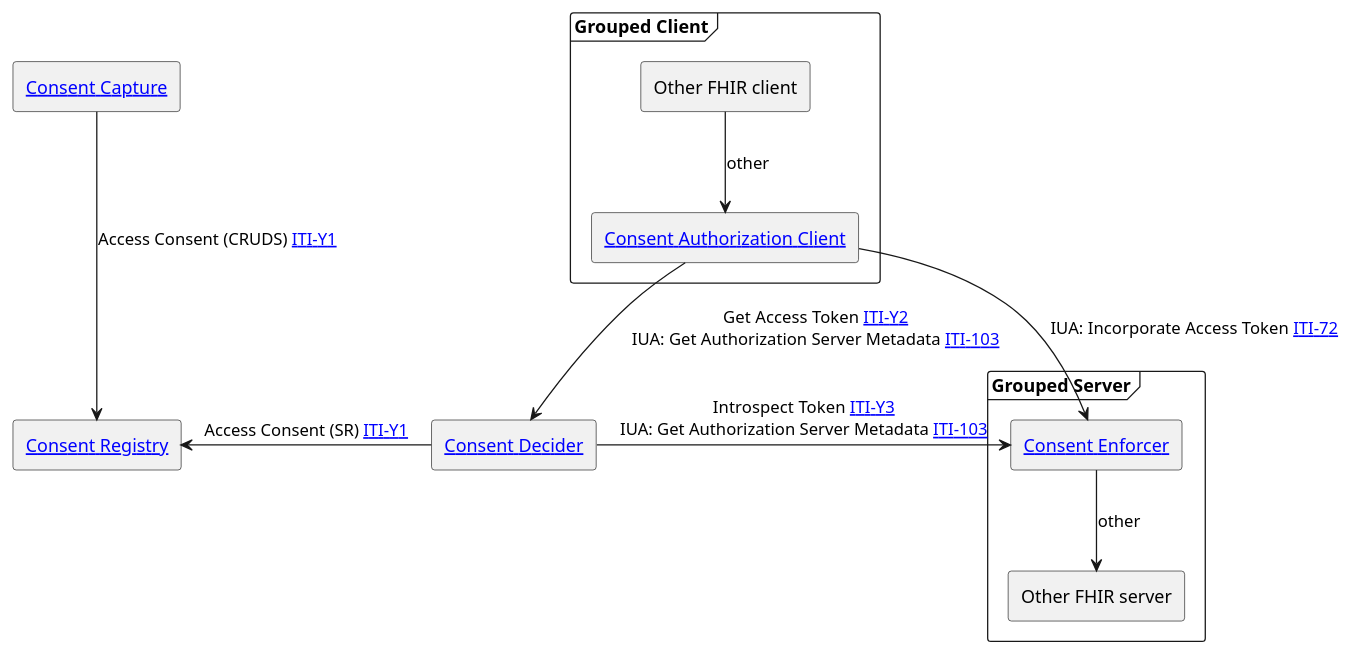
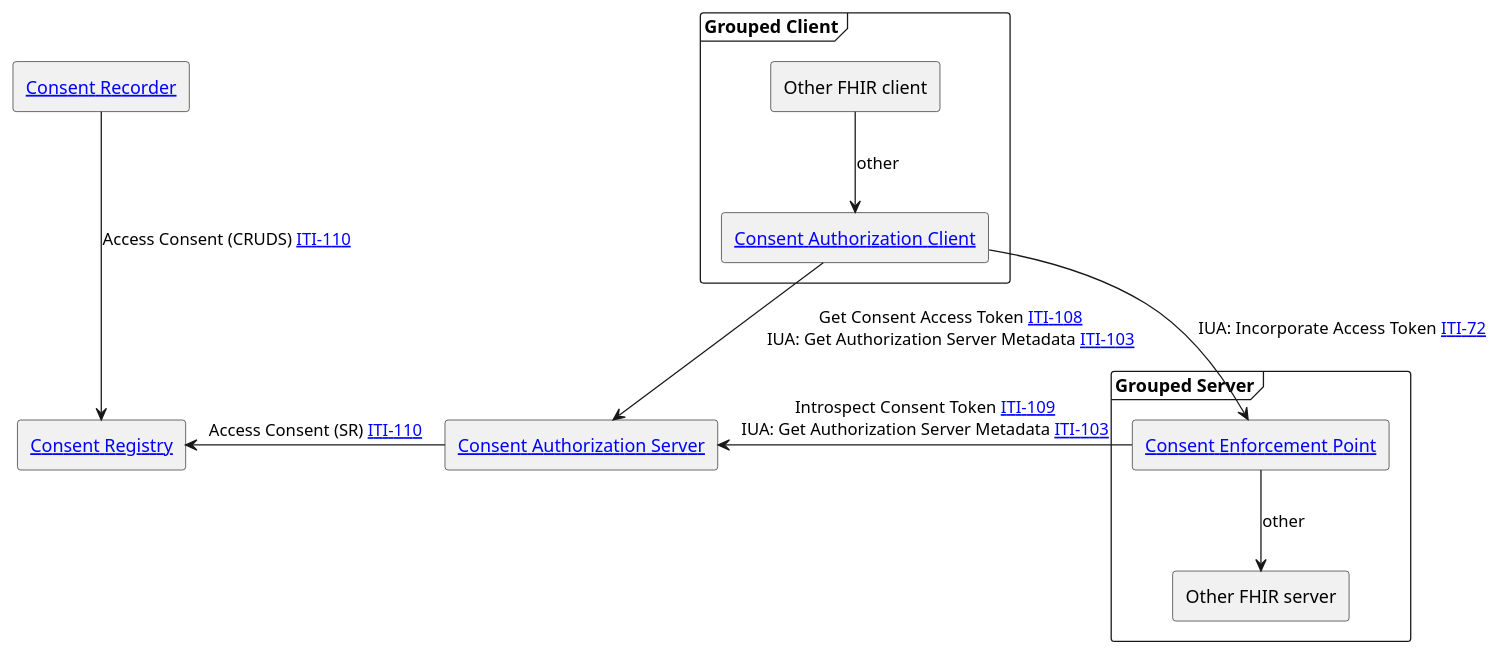
Before and after one commit to IHE/ITI.PCF: the diagram in input/images-source/ActorsAndTransactions.plantuml, drawn with PlantUML. The commit also changed 15 other files, not shown here.

```diff
--- a/input/images-source/ActorsAndTransactions.plantuml
+++ b/input/images-source/ActorsAndTransactions.plantuml
@@ -1,23 +1,23 @@
 @startuml
-agent "[[#consentcapture Consent Capture]]" as capture
-agent "[[#consentregistry Consent Registry]]" as registry
-capture -down--> registry : "Access Consent (CRUDS) [[ITI-Y1.html ITI-Y1]]"
+agent "[[#consentRecorder Consent Recorder]]" as capture
+agent "[[#consentRegistry Consent Registry]]" as registry
+capture -down--> registry : "Access Consent (CRUDS) [[ITI-110.html ITI-110]]"
 
 frame "Grouped Client" {
 agent "Other FHIR client" as otherClient
-agent "[[#consentclient Consent Authorization Client]]" as client 
+agent "[[#consentAuthorizationClient Consent Authorization Client]]" as client 
 }
-agent "[[#consentdecider Consent Decider]]" as decider
+agent "[[#consentAuthorizationServer Consent Authorization Server]]" as decider
 frame "Grouped Server" {
-agent "[[#consentenforce Consent Enforcer]]" as enforcer
+agent "[[#consentEnforcementPoint Consent Enforcement Point]]" as enforcer
 agent "Other FHIR server" as otherServer
 }
 
 otherClient -down-> client: "other"
-client -down-> decider : "Get Access Token [[ITI-Y2.html ITI-Y2]]\nIUA: Get Authorization Server Metadata [[https://profiles.ihe.net/ITI/IUA/index.html#3103-get-authorization-server-metadata-iti-103 ITI-103]]"
+client -down-> decider : "Get Consent Access Token [[ITI-108.html ITI-108]]\nIUA: Get Authorization Server Metadata [[https://profiles.ihe.net/ITI/IUA/index.html#3103-get-authorization-server-metadata-iti-103 ITI-103]]"
 
-decider -left-> registry: "Access Consent (SR) [[ITI-Y1.html ITI-Y1]]"
+decider -left-> registry: "Access Consent (SR) [[ITI-110.html ITI-110]]"
 client -down-> enforcer : "IUA: Incorporate Access Token [[https://profiles.ihe.net/ITI/IUA/index.html#372-incorporate-access-token-iti-72 ITI-72]]"
-decider -right-> enforcer : "Introspect Token [[ITI-Y3.html ITI-Y3]]\nIUA: Get Authorization Server Metadata [[https://profiles.ihe.net/ITI/IUA/index.html#3103-get-authorization-server-metadata-iti-103 ITI-103]]"
+decider <-right- enforcer : "Introspect Consent Token [[ITI-109.html ITI-109]]\nIUA: Get Authorization Server Metadata [[https://profiles.ihe.net/ITI/IUA/index.html#3103-get-authorization-server-metadata-iti-103 ITI-103]]"
 enforcer -down-> otherServer : "other"
 @enduml
```
